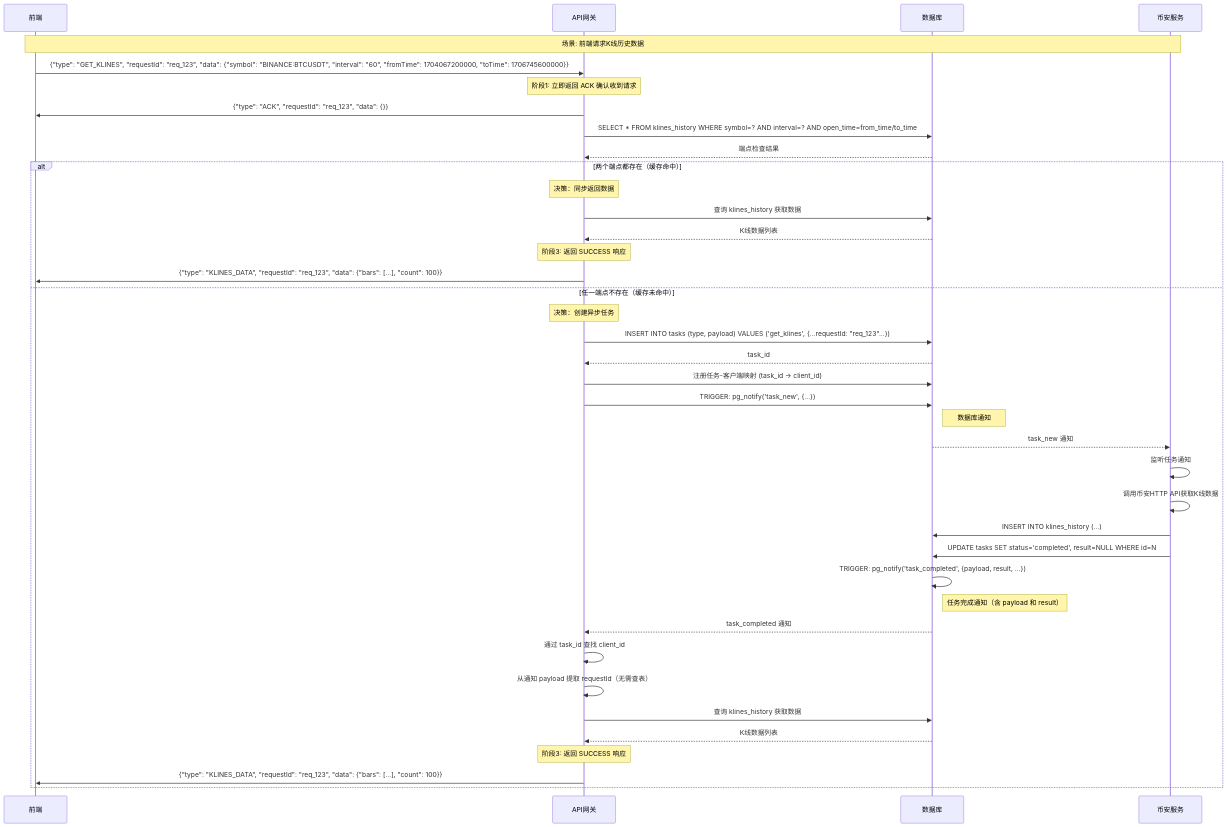
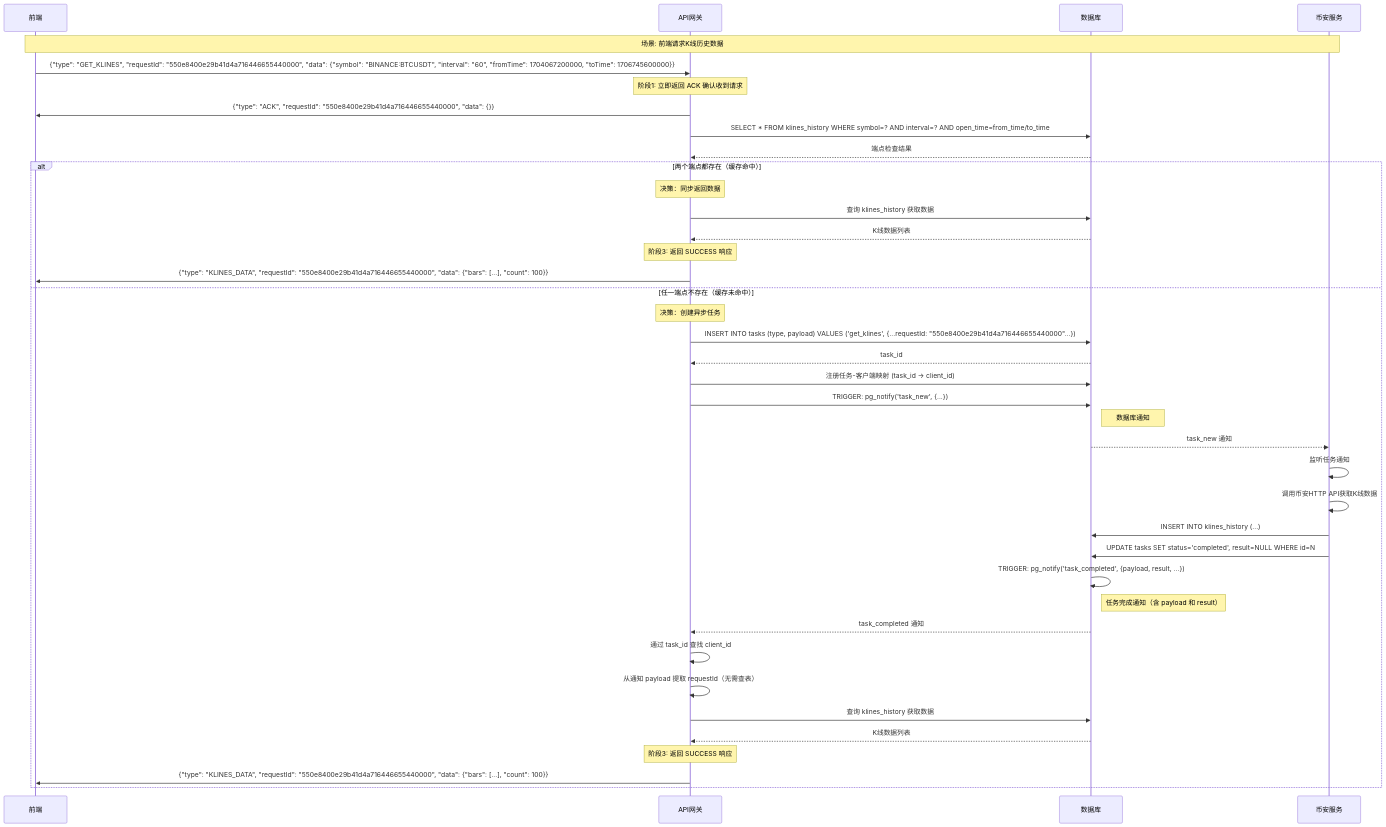
Before and after one commit to mj2154/quant-trading-system-2602: the ninth of 10 diagrams in docs/backend/design/02-dataflow.md, drawn with Mermaid. The commit also changed other lines of this file and 42 other files, not shown here.

````diff
--- a/docs/backend/design/02-dataflow.md
+++ b/docs/backend/design/02-dataflow.md
@@ -471,60 +471,60 @@
 ```mermaid
 sequenceDiagram
     participant Front as 前端
     participant GW as API网关
     participant DB as 数据库
     participant BN as 币安服务
 
     Note over Front, BN: 场景: 前端请求K线历史数据
 
     %% 步骤1: 接收请求
-    Front->>GW: {"type": "GET_KLINES", "requestId": "req_123", "data": {"symbol": "BINANCE:BTCUSDT", "interval": "60", "fromTime": 1704067200000, "toTime": 1706745600000}}
+    Front->>GW: {"type": "GET_KLINES", "requestId": "550e8400e29b41d4a716446655440000", "data": {"symbol": "BINANCE:BTCUSDT", "interval": "60", "fromTime": 1704067200000, "toTime": 1706745600000}}
 
     Note over GW: 阶段1: 立即返回 ACK 确认收到请求
-    GW->>Front: {"type": "ACK", "requestId": "req_123", "data": {}}
+    GW->>Front: {"type": "ACK", "requestId": "550e8400e29b41d4a716446655440000", "data": {}}
 
     %% 步骤2: 检查端点
     GW->>DB: SELECT * FROM klines_history WHERE symbol=? AND interval=? AND open_time=from_time/to_time
     DB-->>GW: 端点检查结果
 
     alt 两个端点都存在（缓存命中）
         Note over GW: 决策：同步返回数据
         GW->>DB: 查询 klines_history 获取数据
         DB-->>GW: K线数据列表
         Note over GW: 阶段3: 返回 SUCCESS 响应
-        GW->>Front: {"type": "KLINES_DATA", "requestId": "req_123", "data": {"bars": [...], "count": 100}}
+        GW->>Front: {"type": "KLINES_DATA", "requestId": "550e8400e29b41d4a716446655440000", "data": {"bars": [...], "count": 100}}
 
     else 任一端点不存在（缓存未命中）
         Note over GW: 决策：创建异步任务
-        GW->>DB: INSERT INTO tasks (type, payload) VALUES ('get_klines', {...requestId: "req_123"...})
+        GW->>DB: INSERT INTO tasks (type, payload) VALUES ('get_klines', {...requestId: "550e8400e29b41d4a716446655440000"...})
         DB-->>GW: task_id
         GW->>DB: 注册任务-客户端映射 (task_id -> client_id)
 
         GW->>DB: TRIGGER: pg_notify('task_new', {...})
 
         Note right of DB: 数据库通知
         DB-->>BN: task_new 通知
 
         BN->>BN: 监听任务通知
         BN->>BN: 调用币安HTTP API获取K线数据
 
         %% 步骤3: 写入数据
         BN->>DB: INSERT INTO klines_history (...)
 
         %% 步骤4: 完成任务
         BN->>DB: UPDATE tasks SET status='completed', result=NULL WHERE id=N
         DB->>DB: TRIGGER: pg_notify('task_completed', {payload, result, ...})
 
         Note right of DB: 任务完成通知（含 payload 和 result）
         DB-->>GW: task_completed 通知
 
         GW->>GW: 通过 task_id 查找 client_id
         GW->>GW: 从通知 payload 提取 requestId（无需查表）
 
         GW->>DB: 查询 klines_history 获取数据
         DB-->>GW: K线数据列表
 
         Note over GW: 阶段3: 返回 SUCCESS 响应
-        GW->>Front: {"type": "KLINES_DATA", "requestId": "req_123", "data": {"bars": [...], "count": 100}}
+        GW->>Front: {"type": "KLINES_DATA", "requestId": "550e8400e29b41d4a716446655440000", "data": {"bars": [...], "count": 100}}
     end
 ```
````
